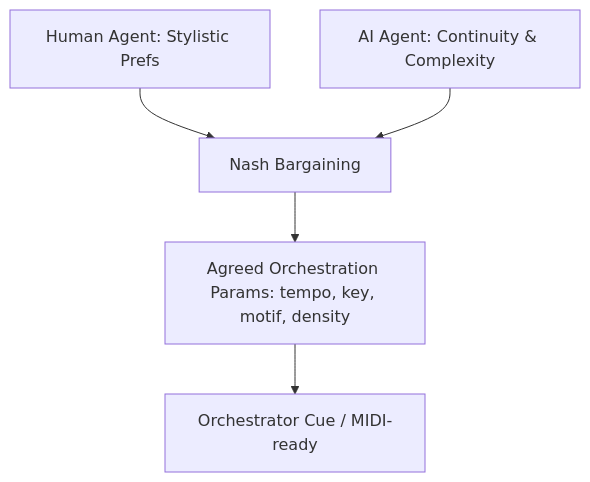
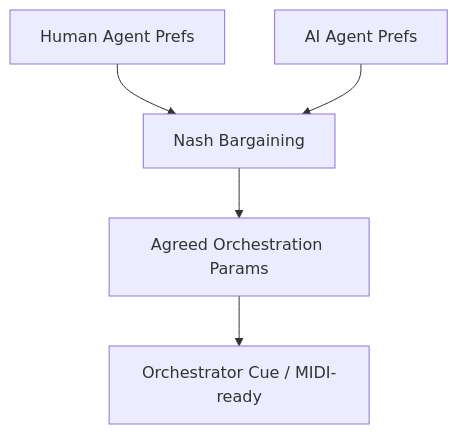
Before and after one commit to pshivch/disney-ai-dynamic-collab: the first of 2 diagrams in README.md, drawn with Mermaid. The commit also changed other lines of this file, not shown here.

````diff
--- a/README.md
+++ b/README.md
@@ -17,7 +18,8 @@
 ```mermaid
+%%{init: {"theme":"default"}}%%
 flowchart TB
-  H[Human Agent: Stylistic Prefs] --> N[Nash Bargaining]
-  A[AI Agent: Continuity & Complexity] --> N
-  N --> M[Agreed Orchestration Params: tempo, key, motif, density]
-  M --> P[Orchestrator Cue / MIDI-ready]
+    H[Human Agent Prefs] --> N[Nash Bargaining]
+    A[AI Agent Prefs] --> N
+    N --> M[Agreed Orchestration Params]
+    M --> P[Orchestrator Cue / MIDI-ready]
 ```
````
